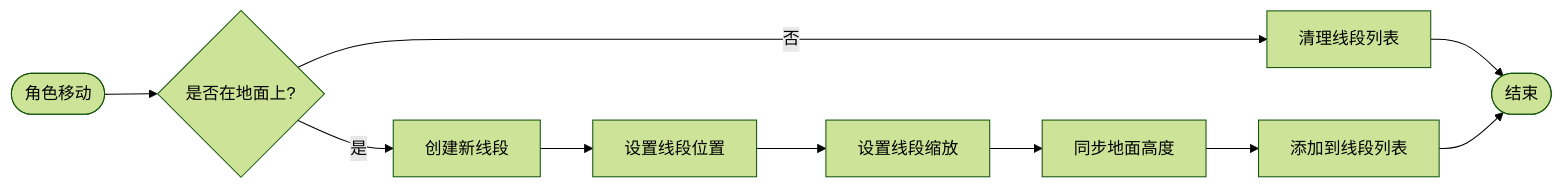
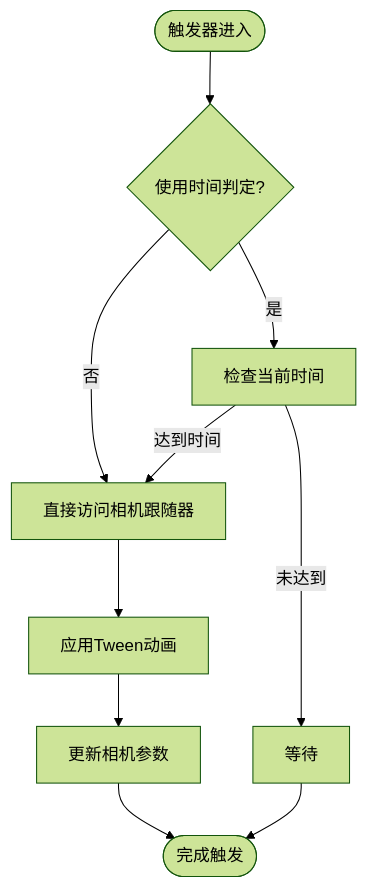
Before and after one commit to godotline/godot-line: the seventh of 11 diagrams in .qoder/repowiki/zh/content/Game Manager.md, drawn with Mermaid (forest theme). The commit also changed other lines of this file and 13 other files, not shown here.

````diff
--- a/.qoder/repowiki/zh/content/Game Manager.md
+++ b/.qoder/repowiki/zh/content/Game Manager.md
@@ -346,12 +297,12 @@
 ```mermaid
-flowchart LR
-Start([角色移动]) --> CheckGround{是否在地面上?}
-CheckGround --> |否| ClearLines[清理线段列表]
-CheckGround --> |是| CreateLine[创建新线段]
-CreateLine --> SetPosition[设置线段位置]
-SetPosition --> SetScale[设置线段缩放]
-SetScale --> UpdateY[同步地面高度]
-UpdateY --> AddToList[添加到线段列表]
-ClearLines --> End([结束])
-AddToList --> End
+flowchart TD
+Enter([触发器进入]) --> CheckTime{使用时间判定?}
+CheckTime --> |否| DirectAccess[直接访问相机跟随器]
+CheckTime --> |是| TimeCheck[检查当前时间]
+TimeCheck --> |达到时间| DirectAccess
+TimeCheck --> |未达到| Wait[等待]
+DirectAccess --> ApplyTween[应用Tween动画]
+ApplyTween --> UpdateParams[更新相机参数]
+UpdateParams --> End([完成触发])
+Wait --> End
 ```
````
